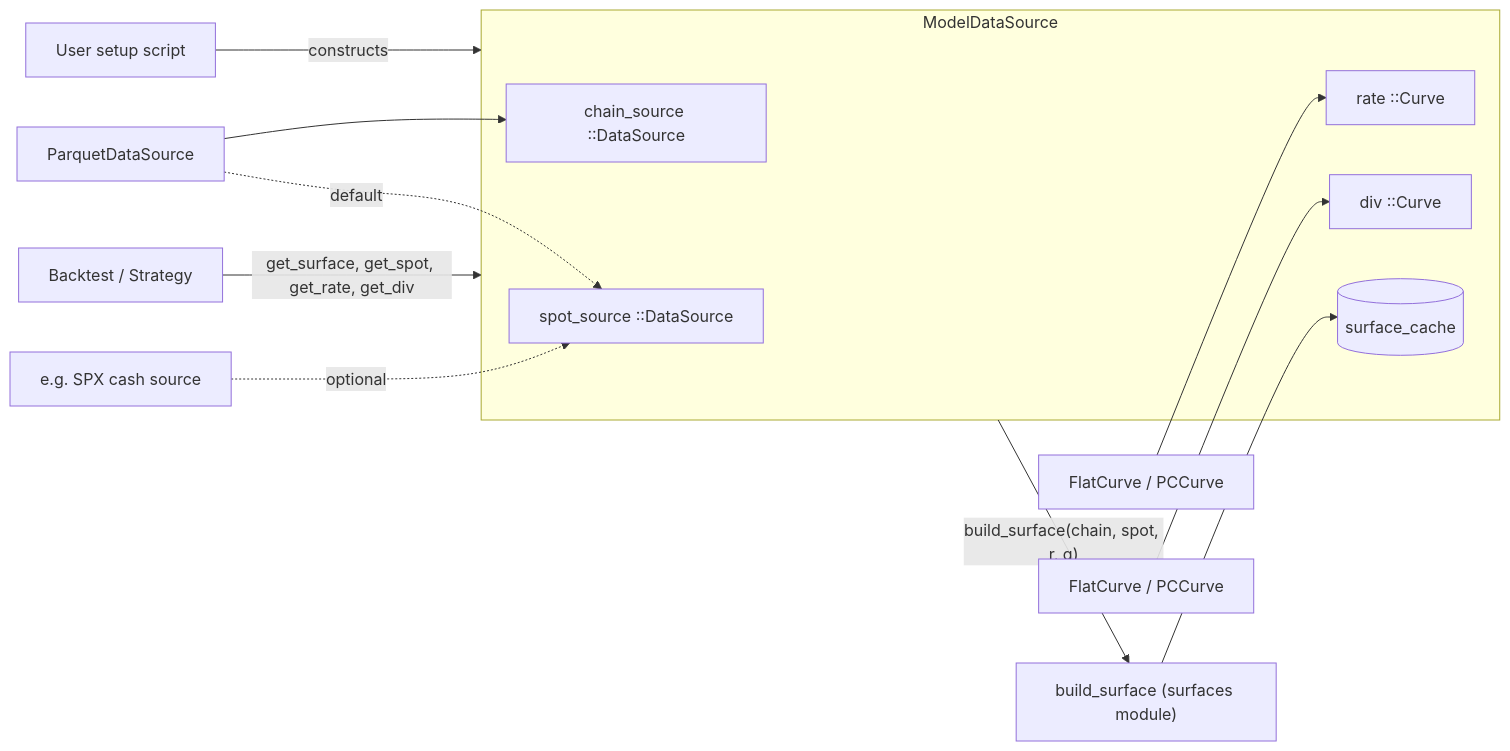
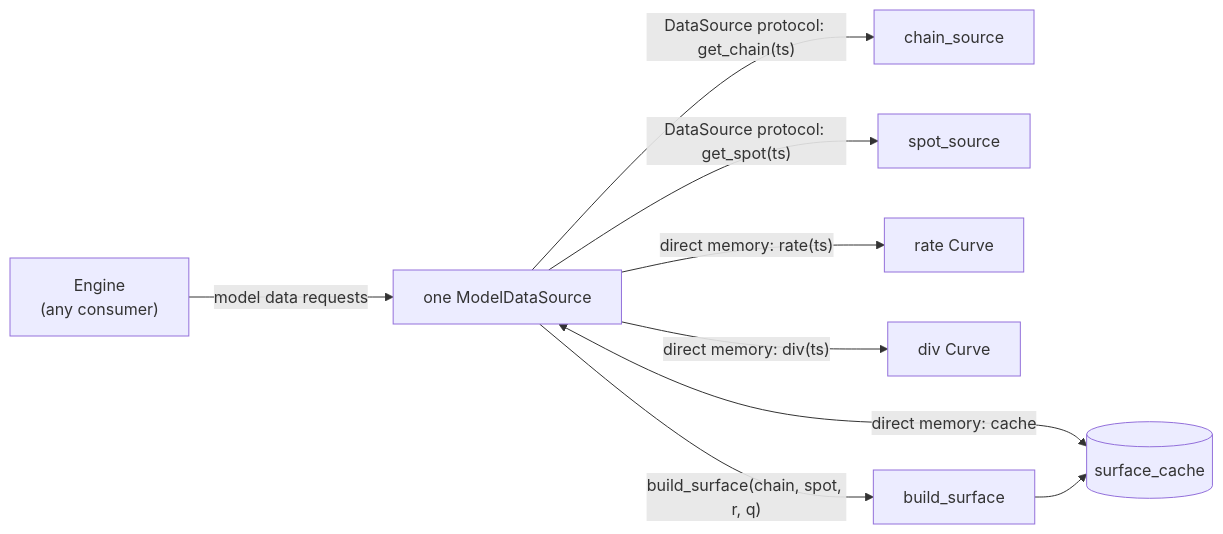
One commit to aleCombi/VolSurfaceAnalysis.jl changed the diagram in docs/modules/model_data.md. Above: the diagram before and after it, drawn with Mermaid. The commit also changed 1 other file, not shown here.

Commit message:
Simplify architecture diagrams in data and model_data docs

````diff
--- a/docs/modules/model_data.md
+++ b/docs/modules/model_data.md
@@ -121,21 +121,13 @@
 ```mermaid
 flowchart LR
-    User["User setup script"] -->|constructs| MDS
-    PDS[ParquetDataSource] --> CS["chain_source ::DataSource"]
-    PDS -.default.-> SS["spot_source ::DataSource"]
-    AltSpot["e.g. SPX cash source"] -.optional.-> SS
-    FCr["FlatCurve / PCCurve"] --> RT["rate ::Curve"]
-    FCd["FlatCurve / PCCurve"] --> DV["div ::Curve"]
+    Engine["Engine<br/>(any consumer)"] -->|"model data requests"| MDS["one ModelDataSource"]
 
-    subgraph MDS["ModelDataSource"]
-        CS
-        SS
-        RT
-        DV
-        CACHE[("surface_cache")]
-    end
+    MDS -->|"DataSource protocol: get_chain(ts)"| ChainSource["chain_source"]
+    MDS -->|"DataSource protocol: get_spot(ts)"| SpotSource["spot_source"]
+    MDS -->|"direct memory: rate(ts)"| RateCurve["rate Curve"]
+    MDS -->|"direct memory: div(ts)"| DivCurve["div Curve"]
+    MDS <-->|"direct memory: cache"| Cache[("surface_cache")]
 
-    Engine[Backtest / Strategy] -->|"get_surface, get_spot, get_rate, get_div"| MDS
-    MDS -->|"build_surface(chain, spot, r, q)"| Builder["build_surface (surfaces module)"]
-    Builder --> CACHE
+    MDS -->|"build_surface(chain, spot, r, q)"| Builder["build_surface"]
+    Builder --> Cache
 ```
````
